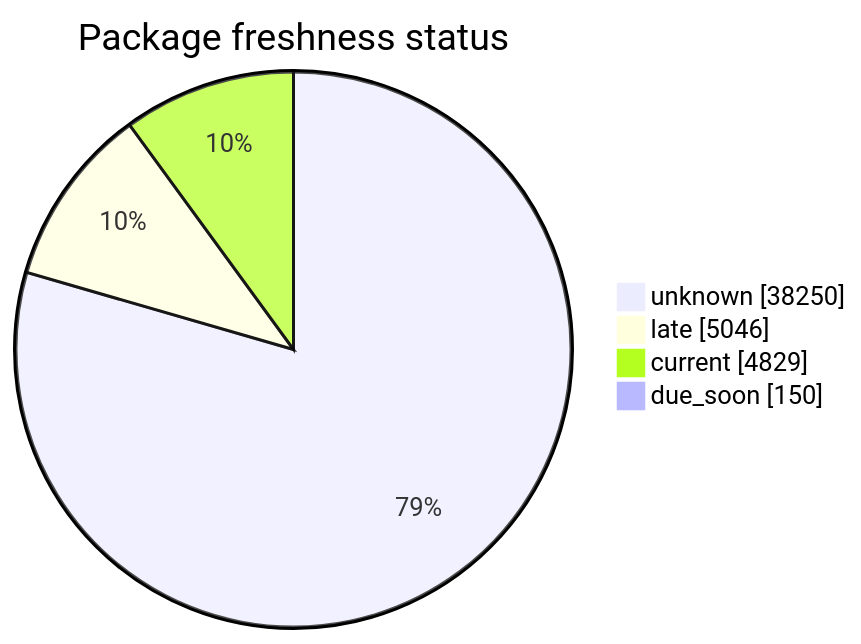
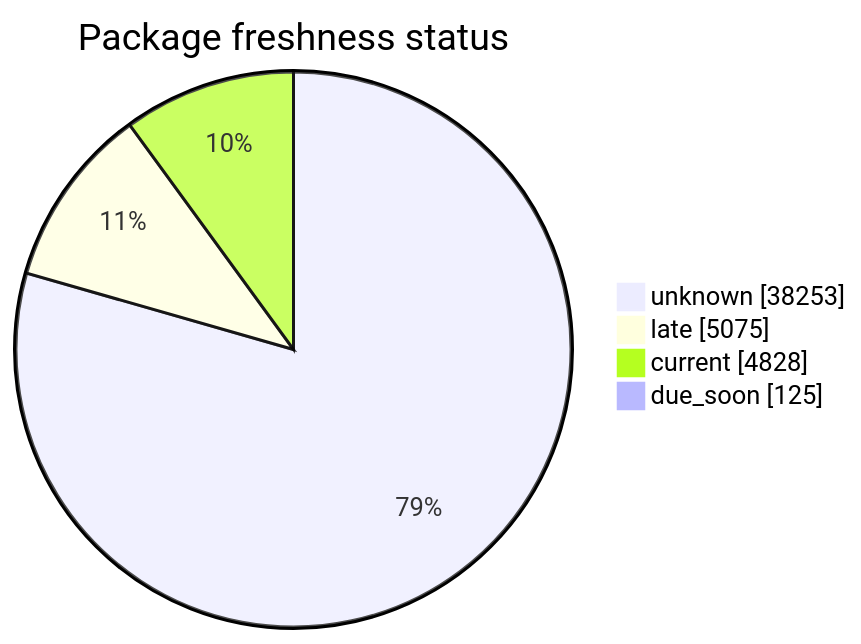
The second of 5 diagrams in FreshCheck/README.md (open-data/analytics-corporate-reporting), drawn with Mermaid before and after one commit. The commit also changed other lines of this file and 3 other files, not shown here.

````diff
--- a/FreshCheck/README.md
+++ b/FreshCheck/README.md
@@ -68,7 +68,7 @@
 ```mermaid
 pie showData title Package freshness status
-    "unknown": 38250
-    "late": 5046
-    "current": 4829
-    "due_soon": 150
+    "unknown": 38253
+    "late": 5075
+    "current": 4828
+    "due_soon": 125
 ```
````
